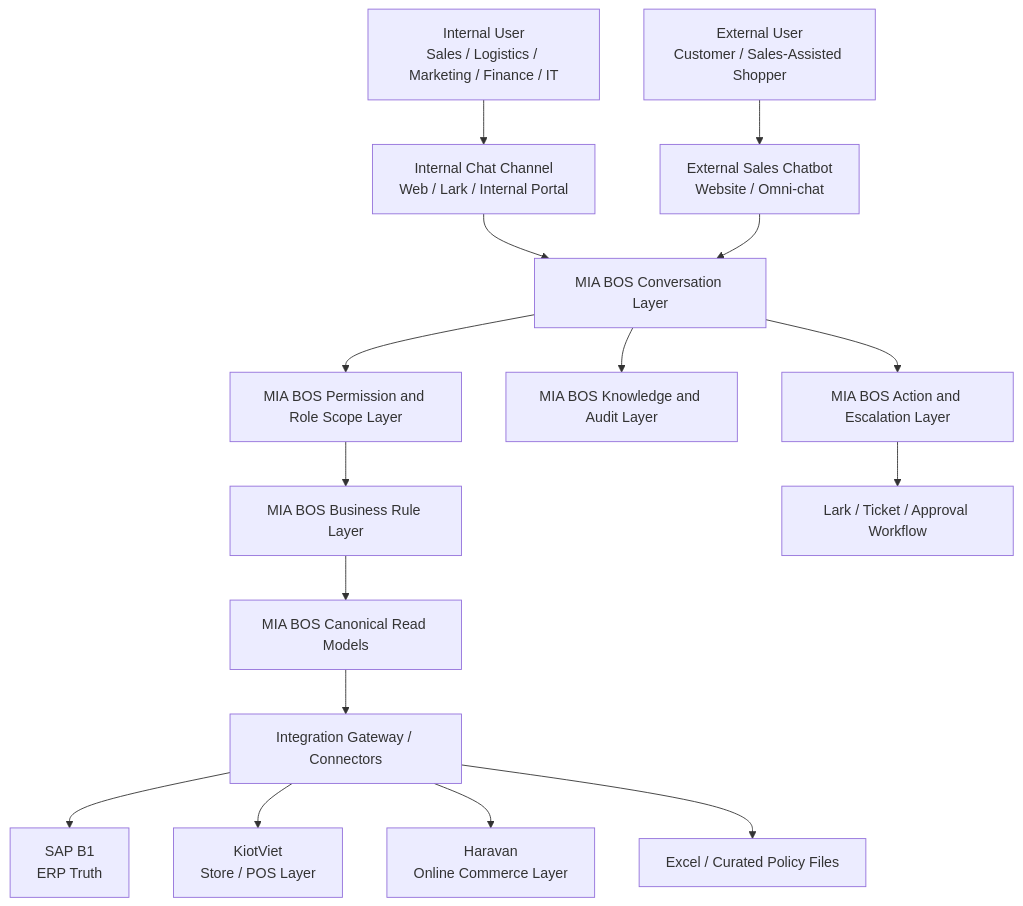
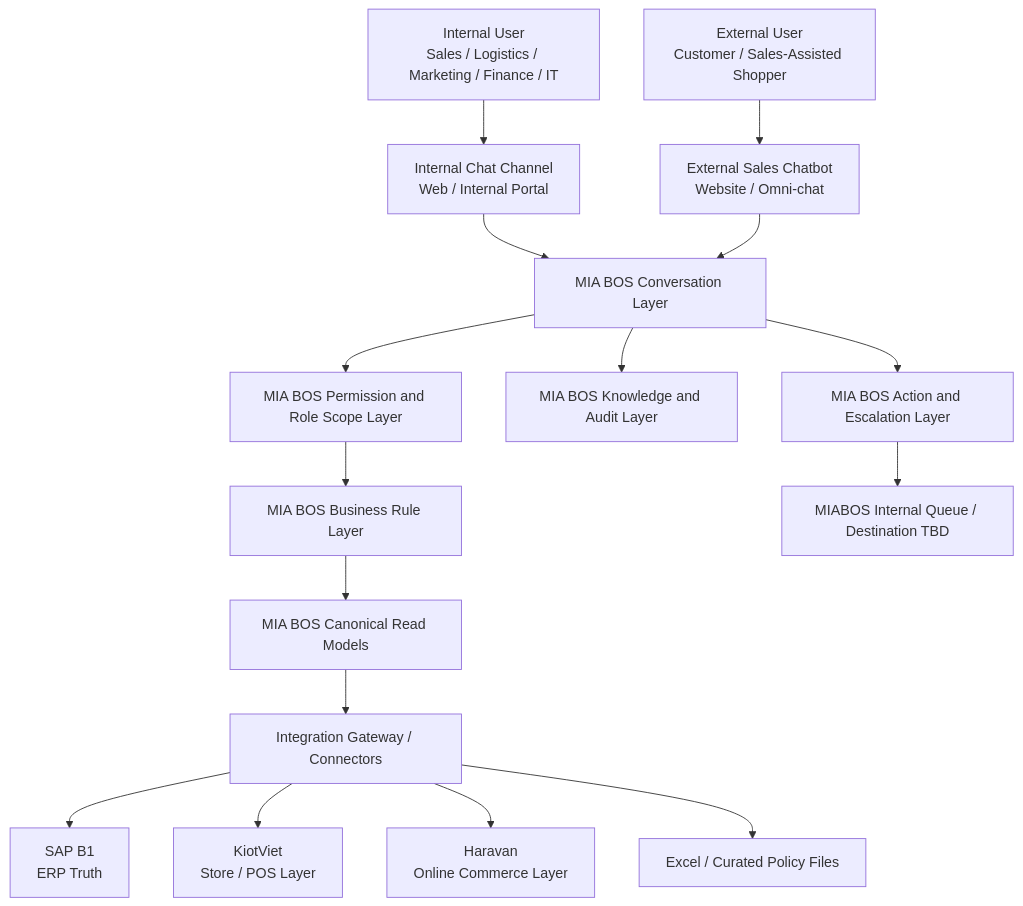
Before and after one commit to alextran8320/mia-bq-enterprise: the second of 2 diagrams in 04_Raw_Information/Customers/Giay_BQ/2026-04-14_BQ_Integration_Architecture_And_Data_Boundary.md, drawn with Mermaid. The commit also changed other lines of this file and 57 other files, not shown here.

````diff
--- a/04_Raw_Information/Customers/Giay_BQ/2026-04-14_BQ_Integration_Architecture_And_Data_Boundary.md
+++ b/04_Raw_Information/Customers/Giay_BQ/2026-04-14_BQ_Integration_Architecture_And_Data_Boundary.md
@@ -224,35 +226,35 @@
 ```mermaid
 graph TD
     U1[Internal User<br/>Sales / Logistics / Marketing / Finance / IT]
     U2[External User<br/>Customer / Sales-Assisted Shopper]
 
-    CH1[Internal Chat Channel<br/>Web / Lark / Internal Portal]
+    CH1[Internal Chat Channel<br/>Web / Internal Portal]
     CH2[External Sales Chatbot<br/>Website / Omni-chat]
 
     MIA1[MIA BOS Conversation Layer]
     MIA2[MIA BOS Permission and Role Scope Layer]
     MIA3[MIA BOS Business Rule Layer]
     MIA4[MIA BOS Canonical Read Models]
     MIA5[MIA BOS Knowledge and Audit Layer]
     MIA6[MIA BOS Action and Escalation Layer]
 
     INT[Integration Gateway / Connectors]
 
     SAP[SAP B1<br/>ERP Truth]
     KV[KiotViet<br/>Store / POS Layer]
     HAR[Haravan<br/>Online Commerce Layer]
     XL[Excel / Curated Policy Files]
-    WF[Lark / Ticket / Approval Workflow]
+    WF[MIABOS Internal Queue / Destination TBD]
 
     U1 --> CH1 --> MIA1
     U2 --> CH2 --> MIA1
     MIA1 --> MIA2 --> MIA3 --> MIA4
     MIA1 --> MIA5
     MIA1 --> MIA6
     MIA4 --> INT
     INT --> SAP
     INT --> KV
     INT --> HAR
     INT --> XL
     MIA6 --> WF
 ```
````
